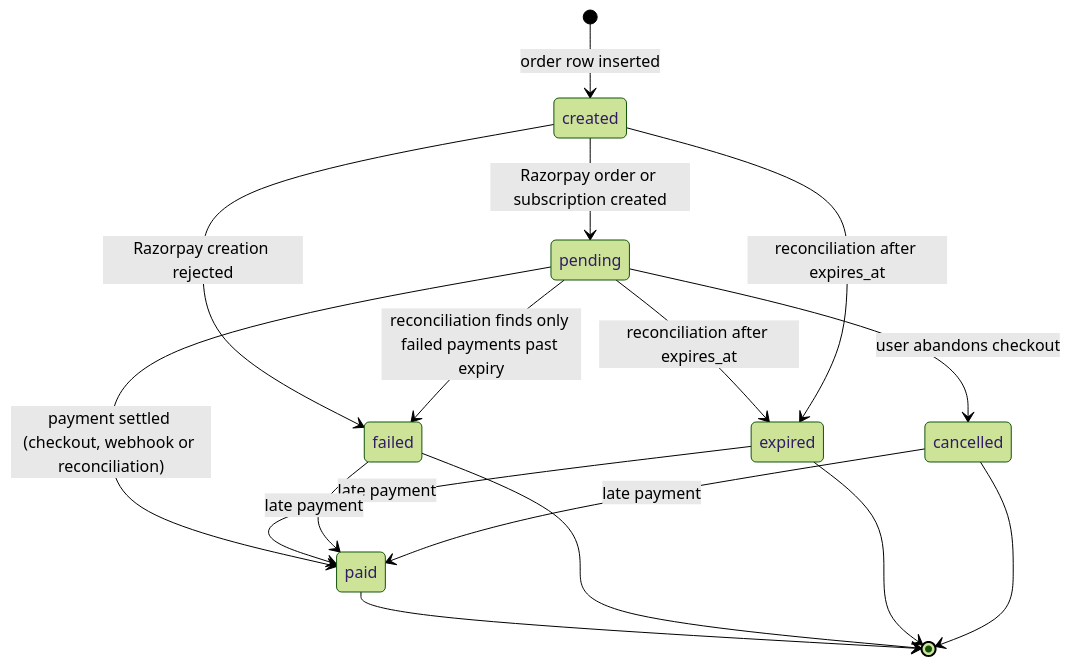
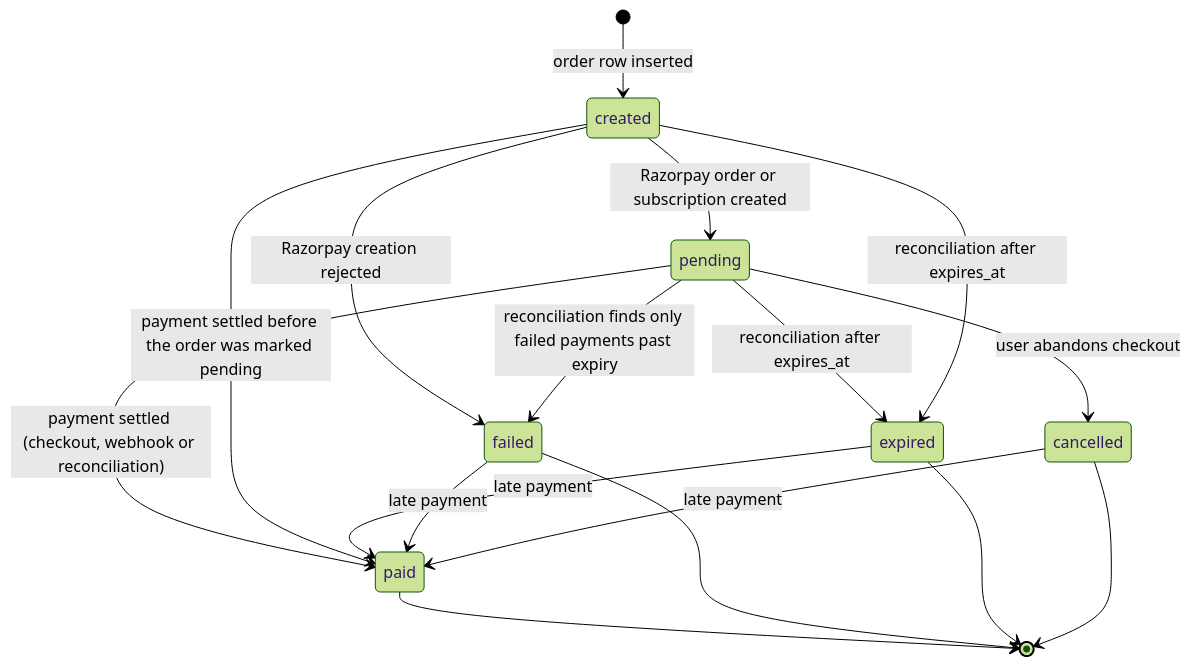
The third of 12 diagrams in docs/db/state-machines.md (The-GenAI-Labs/motionile), drawn with Mermaid (forest theme) before and after one commit. The commit also changed other lines of this file and 59 other files, not shown here.

````diff
--- a/docs/db/state-machines.md
+++ b/docs/db/state-machines.md
@@ -63,18 +63,19 @@
 ```mermaid
 stateDiagram-v2
     [*] --> created: order row inserted
     created --> pending: Razorpay order or subscription created
     created --> failed: Razorpay creation rejected
     pending --> paid: payment settled (checkout, webhook or reconciliation)
     pending --> failed: reconciliation finds only failed payments past expiry
     pending --> expired: reconciliation after expires_at
     pending --> cancelled: user abandons checkout
     created --> expired: reconciliation after expires_at
+    created --> paid: payment settled before the order was marked pending
     expired --> paid: late payment
     failed --> paid: late payment
     cancelled --> paid: late payment
     paid --> [*]
     failed --> [*]
     expired --> [*]
     cancelled --> [*]
 ```
````
